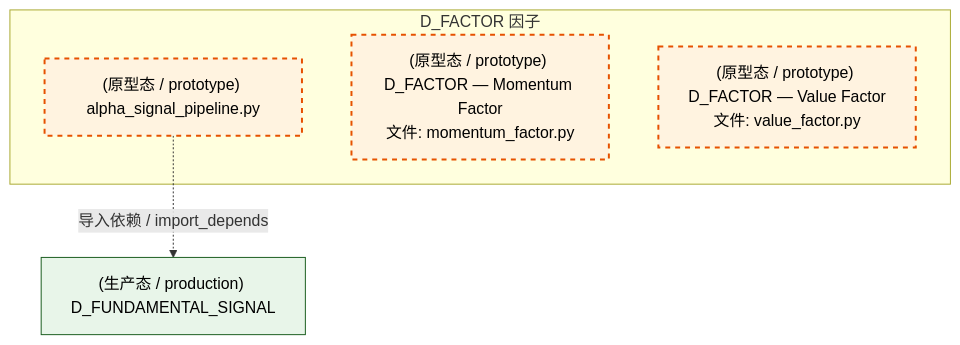
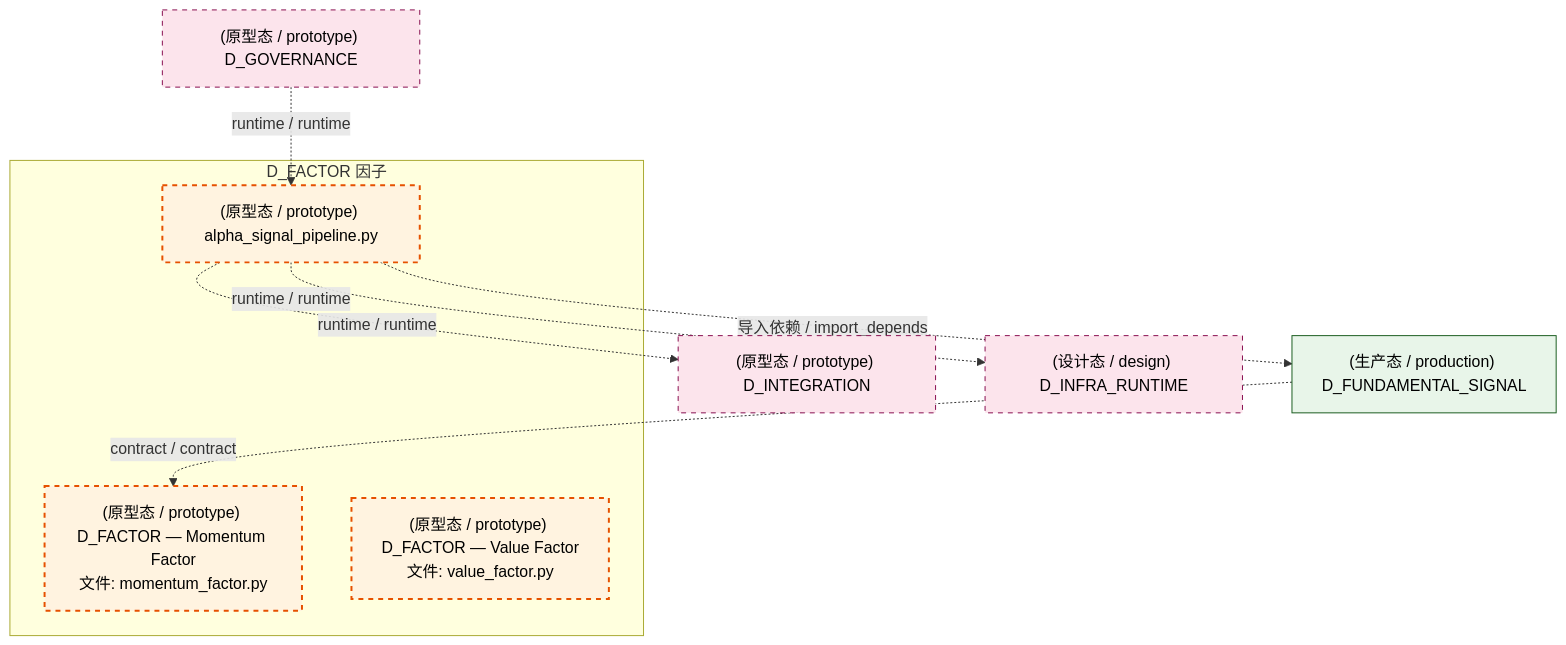
Before and after one commit to xuanFelixVan/ZephyrAlpha: the third of 4 diagrams in docs/02_enterprise_architecture/02_domain_architecture_docs/36_d_factor.md, drawn with Mermaid. The commit also changed other lines of this file and 101 other files, not shown here.

````diff
--- a/docs/02_enterprise_architecture/02_domain_architecture_docs/36_d_factor.md
+++ b/docs/02_enterprise_architecture/02_domain_architecture_docs/36_d_factor.md
@@ -131,16 +138,24 @@
 ```mermaid
 graph TD
     subgraph D_FACTOR["D_FACTOR 因子"]
         src_zephyr_factor_alpha_signal_pipeline_py["(原型态 / prototype) alpha_signal_pipeline.py"]
         src_zephyr_factor_momentum_factor_py["(原型态 / prototype) D_FACTOR — Momentum Factor<br/>文件: momentum_factor.py"]
         src_zephyr_factor_value_factor_py["(原型态 / prototype) D_FACTOR — Value Factor<br/>文件: value_factor.py"]
     end
     D_FUNDAMENTAL_SIGNAL["(生产态 / production) D_FUNDAMENTAL_SIGNAL"]
     src_zephyr_factor_alpha_signal_pipeline_py -.->|导入依赖 / import_depends| D_FUNDAMENTAL_SIGNAL
+    D_INTEGRATION["(原型态 / prototype) D_INTEGRATION"]
+    src_zephyr_factor_alpha_signal_pipeline_py -.->|runtime / runtime| D_INTEGRATION
+    D_INFRA_RUNTIME["(设计态 / design) D_INFRA_RUNTIME"]
+    src_zephyr_factor_alpha_signal_pipeline_py -.->|runtime / runtime| D_INFRA_RUNTIME
+    D_GOVERNANCE["(原型态 / prototype) D_GOVERNANCE"]
+    D_GOVERNANCE -.->|runtime / runtime| src_zephyr_factor_alpha_signal_pipeline_py
+    D_FUNDAMENTAL_SIGNAL -.->|contract / contract| src_zephyr_factor_momentum_factor_py
     classDef production fill:#e1f5fe,stroke:#01579b,stroke-width:2px,color:#000
     classDef design fill:#fff3e0,stroke:#e65100,stroke-width:2px,color:#000,stroke-dasharray: 5 5
     classDef external_prod fill:#e8f5e9,stroke:#1b5e20,stroke-width:1px,color:#000
     classDef external_design fill:#fce4ec,stroke:#880e4f,stroke-width:1px,color:#000,stroke-dasharray: 5 5
     class src_zephyr_factor_alpha_signal_pipeline_py,src_zephyr_factor_momentum_factor_py,src_zephyr_factor_value_factor_py design
     class D_FUNDAMENTAL_SIGNAL external_prod
+    class D_INTEGRATION,D_INFRA_RUNTIME,D_GOVERNANCE external_design
 ```
````
